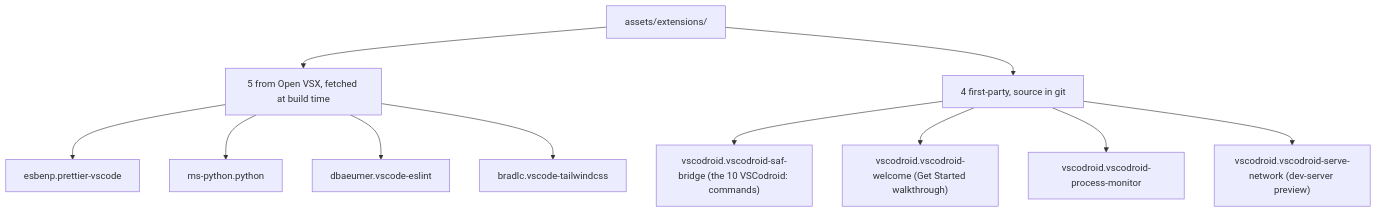
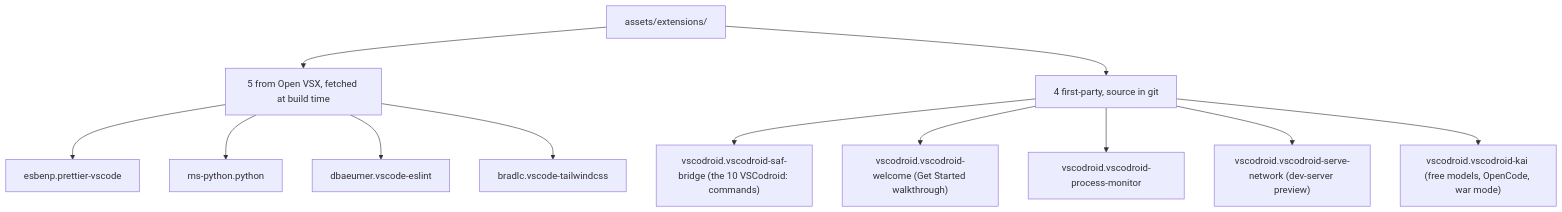
One commit to cuixinyuan666/vscodroid changed the third of 3 diagrams in docs/05-API_SPEC.md. Above: the diagram before and after it, drawn with Mermaid. The commit also changed other lines of this file and 11 other files, not shown here.

````diff
--- a/docs/05-API_SPEC.md
+++ b/docs/05-API_SPEC.md
@@ -1050,13 +1050,14 @@
 ```mermaid
 flowchart TD
   ROOT["assets/extensions/"] --> T["5 from Open VSX, fetched at build time"]
   ROOT --> O["4 first-party, source in git"]
   T --> T2["esbenp.prettier-vscode"]
   T --> T3["ms-python.python"]
   T --> T4["dbaeumer.vscode-eslint"]
   T --> T5["bradlc.vscode-tailwindcss"]
   O --> O1["vscodroid.vscodroid-saf-bridge (the 10 VSCodroid: commands)"]
   O --> O2["vscodroid.vscodroid-welcome (Get Started walkthrough)"]
   O --> O3["vscodroid.vscodroid-process-monitor"]
   O --> O4["vscodroid.vscodroid-serve-network (dev-server preview)"]
+  O --> O5["vscodroid.vscodroid-kai (free models, OpenCode, war mode)"]
 ```
````
